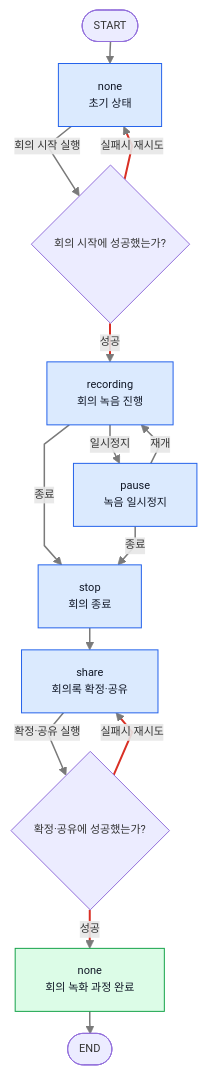
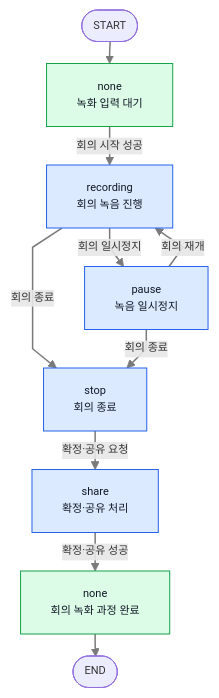
Before and after one commit to ericyum/Obsidian: the third of 10 diagrams in ZENAI/에이전트 설계/회의록 에이전트 설계/1. 회의록 에이전트 워크플로우 graph 정의.md, drawn with Mermaid. The commit also changed other lines of this file and 11 other files, not shown here.

````diff
--- a/ZENAI/에이전트 설계/회의록 에이전트 설계/1. 회의록 에이전트 워크플로우 graph 정의.md
+++ b/ZENAI/에이전트 설계/회의록 에이전트 설계/1. 회의록 에이전트 워크플로우 graph 정의.md
@@ -156,23 +157,18 @@
 ```mermaid
 %%{init: {"flowchart": {"useMaxWidth": true, "nodeSpacing": 18, "rankSpacing": 22, "curve": "linear"}, "themeVariables": {"fontSize": "11px"}}}%%
 flowchart TB
-    S(["START"]) --> N["none<br/>초기 상태"]
-    N -->|"회의 시작 실행"| SC0{"회의 시작에 성공했는가?"}
-    SC0 -->|"성공"| R["recording<br/>회의 녹음 진행"]
-    SC0 -->|"실패시 재시도"| N
-    R -->|"일시정지"| P["pause<br/>녹음 일시정지"]
-    P -->|"재개"| R
-    R -->|"종료"| X["stop<br/>회의 종료"]
-    P -->|"종료"| X
-    X --> SH["share<br/>회의록 확정·공유"]
-    SH -->|"확정·공유 실행"| SC{"확정·공유에 성공했는가?"}
-    SC -->|"성공"| F["none<br/>회의 녹화 과정 완료"]
-    SC -->|"실패시 재시도"| SH
+    S(["START"]) --> N["none<br/>녹화 입력 대기"]
+    N -->|"회의 시작 성공"| R["recording<br/>회의 녹음 진행"]
+    R -->|"회의 일시정지"| P["pause<br/>녹음 일시정지"]
+    P -->|"회의 재개"| R
+    R -->|"회의 종료"| X["stop<br/>회의 종료"]
+    P -->|"회의 종료"| X
+    X -->|"확정·공유 요청"| SH["share<br/>확정·공유 처리"]
+    SH -->|"확정·공유 성공"| F["none<br/>회의 녹화 과정 완료"]
     F --> E(["END"])
     classDef state fill:#dbeafe,stroke:#2563eb,color:#111827;
     classDef idle fill:#dcfce7,stroke:#16a34a,color:#111827;
-    class N,R,P,X,SH state;
-    class F idle;
+    class R,P,X,SH state;
+    class N,F idle;
     linkStyle default stroke:#7a7a7a,stroke-width:1.5px;
-    linkStyle 2,3,10,11 stroke:#d93025,stroke-width:2px;
 ```
````
